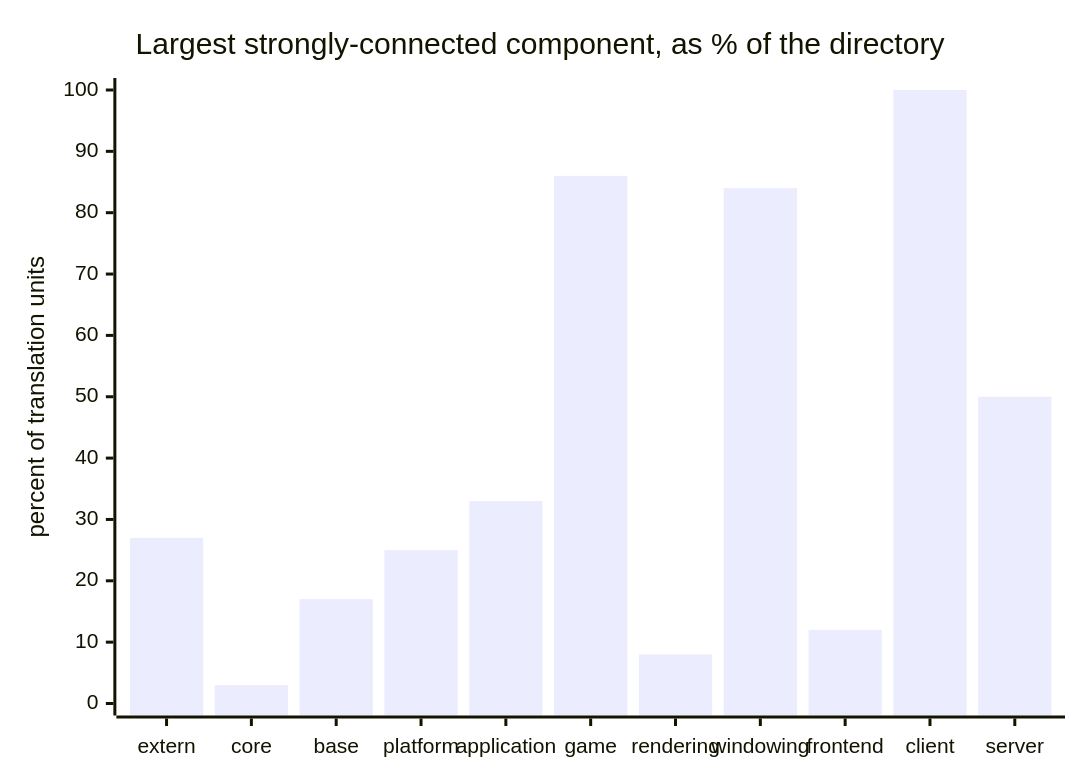
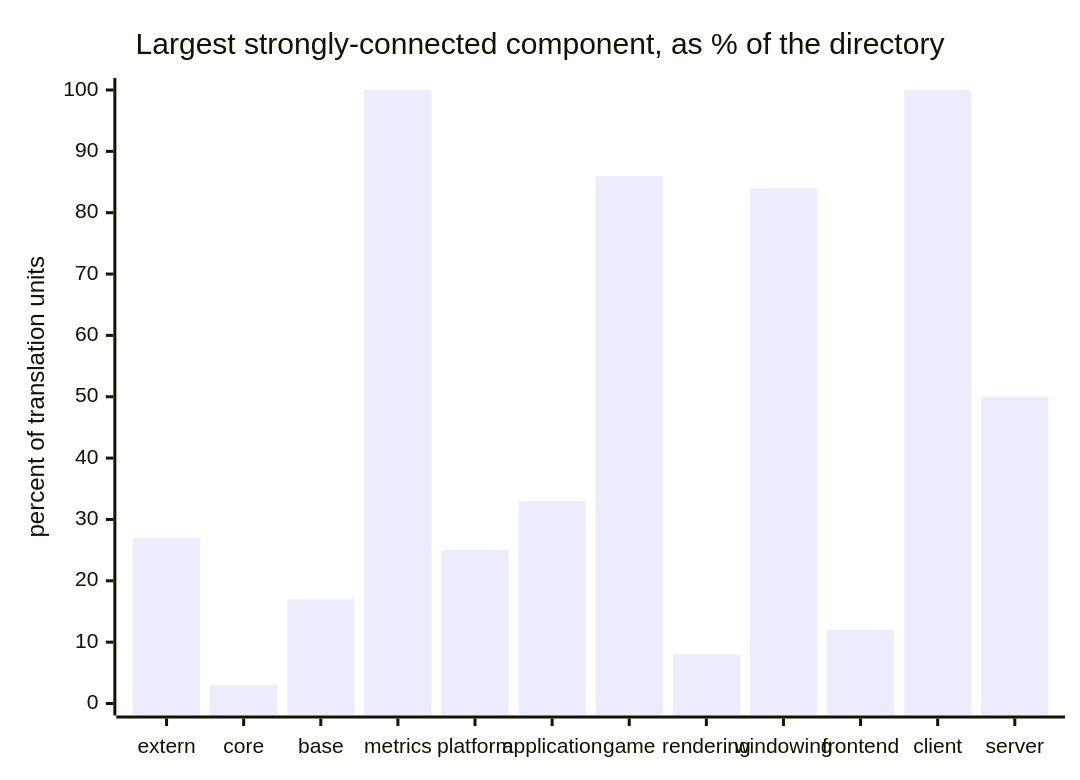
Before and after one commit to apnex/OpenStarbound: the eighth of 11 diagrams in docs/architecture/system-boundaries.md, drawn with Mermaid. The commit also changed other lines of this file and 6 other files, not shown here.

````diff
--- a/docs/architecture/system-boundaries.md
+++ b/docs/architecture/system-boundaries.md
@@ -647,7 +655,7 @@
 ```mermaid
 xychart-beta
     title "Largest strongly-connected component, as % of the directory"
-    x-axis [extern, core, base, platform, application, game, rendering, windowing, frontend, client, server]
+    x-axis [extern, core, base, metrics, platform, application, game, rendering, windowing, frontend, client, server]
     y-axis "percent of translation units" 0 --> 100
-    bar [27, 3, 17, 25, 33, 86, 8, 84, 12, 100, 50]
+    bar [27, 3, 17, 100, 25, 33, 86, 8, 84, 12, 100, 50]
 ```
````
